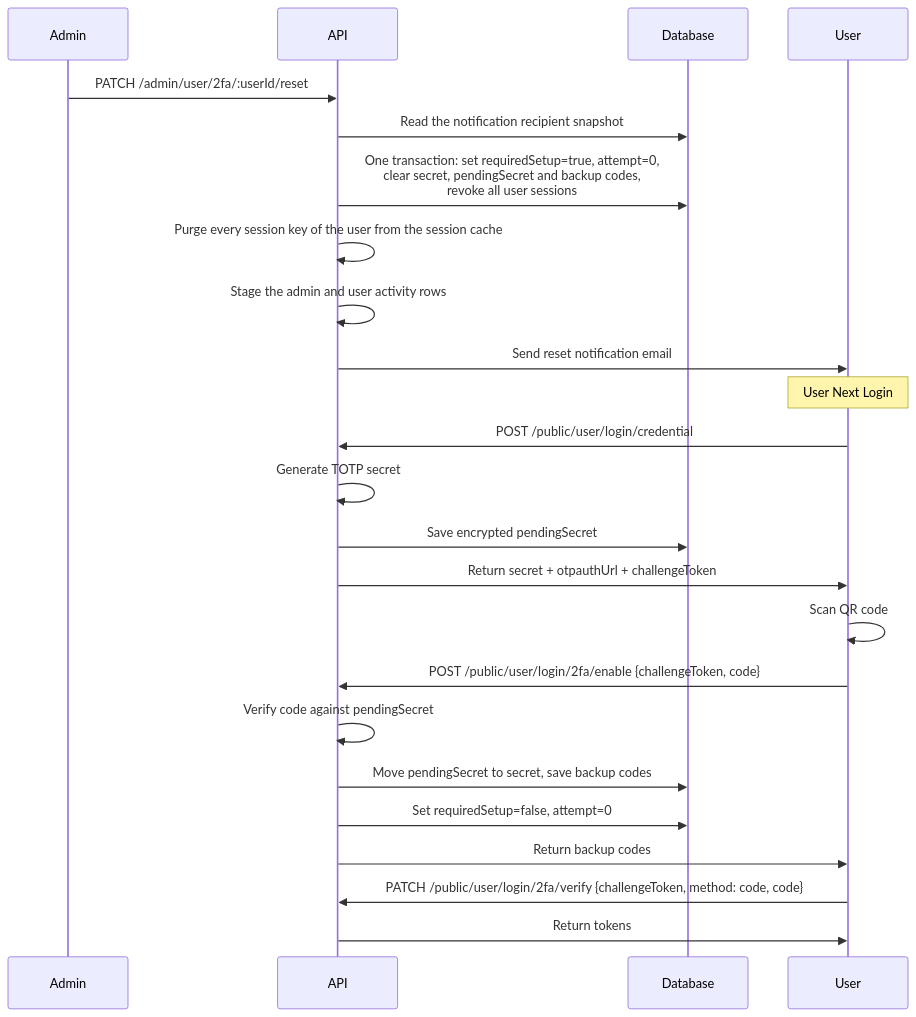
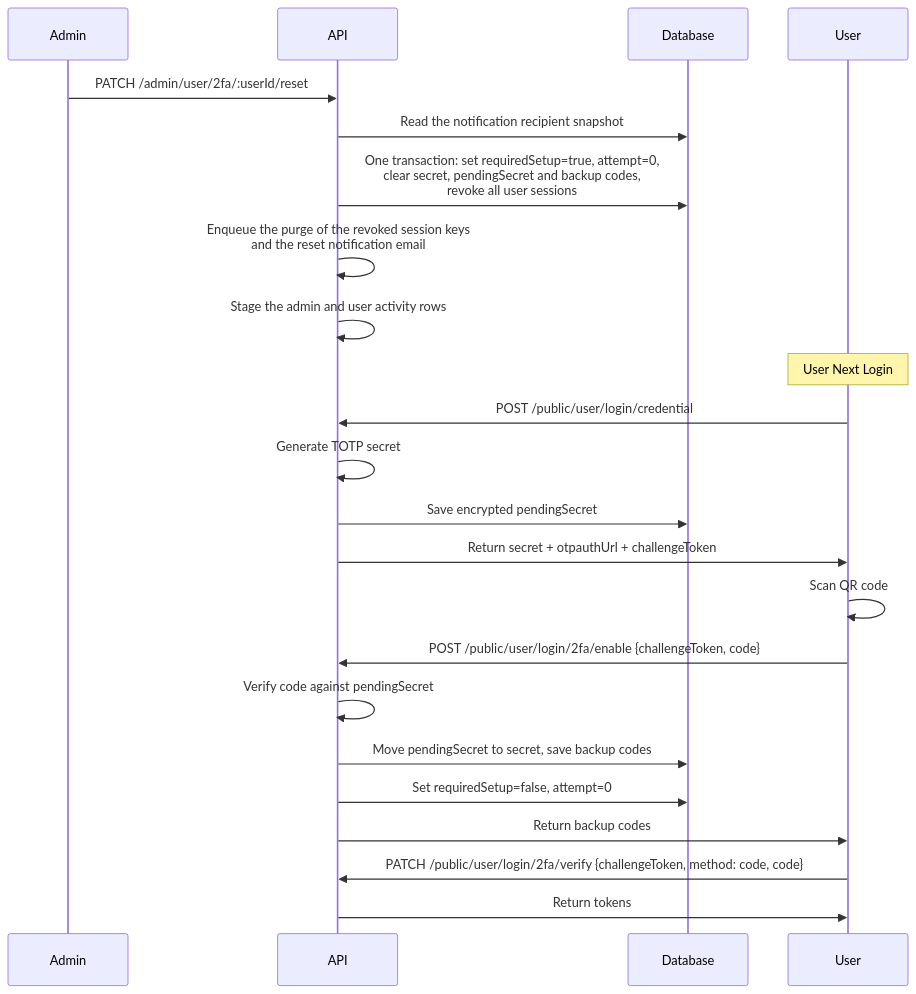
Before and after one commit to andrechristikan/ack-nestjs-boilerplate: the third of 9 diagrams in docs/two-factor.md, drawn with Mermaid. The commit also changed other lines of this file and 95 other files, not shown here.

````diff
--- a/docs/two-factor.md
+++ b/docs/two-factor.md
@@ -336,28 +306,27 @@
 ```mermaid
 sequenceDiagram
     participant Admin
     participant API
     participant Database
     participant User
 
     Admin->>API: PATCH /admin/user/2fa/:userId/reset
     API->>Database: Read the notification recipient snapshot
     API->>Database: One transaction: set requiredSetup=true, attempt=0,<br/>clear secret, pendingSecret and backup codes,<br/>revoke all user sessions
-    API->>API: Purge every session key of the user from the session cache
+    API->>API: Enqueue the purge of the revoked session keys<br/>and the reset notification email
     API->>API: Stage the admin and user activity rows
-    API->>User: Send reset notification email
 
     Note over User: User Next Login
     User->>API: POST /public/user/login/credential
     API->>API: Generate TOTP secret
     API->>Database: Save encrypted pendingSecret
     API->>User: Return secret + otpauthUrl + challengeToken
     User->>User: Scan QR code
     User->>API: POST /public/user/login/2fa/enable {challengeToken, code}
     API->>API: Verify code against pendingSecret
     API->>Database: Move pendingSecret to secret, save backup codes
     API->>Database: Set requiredSetup=false, attempt=0
     API->>User: Return backup codes
     User->>API: PATCH /public/user/login/2fa/verify {challengeToken, method: code, code}
     API->>User: Return tokens
 ```
````
